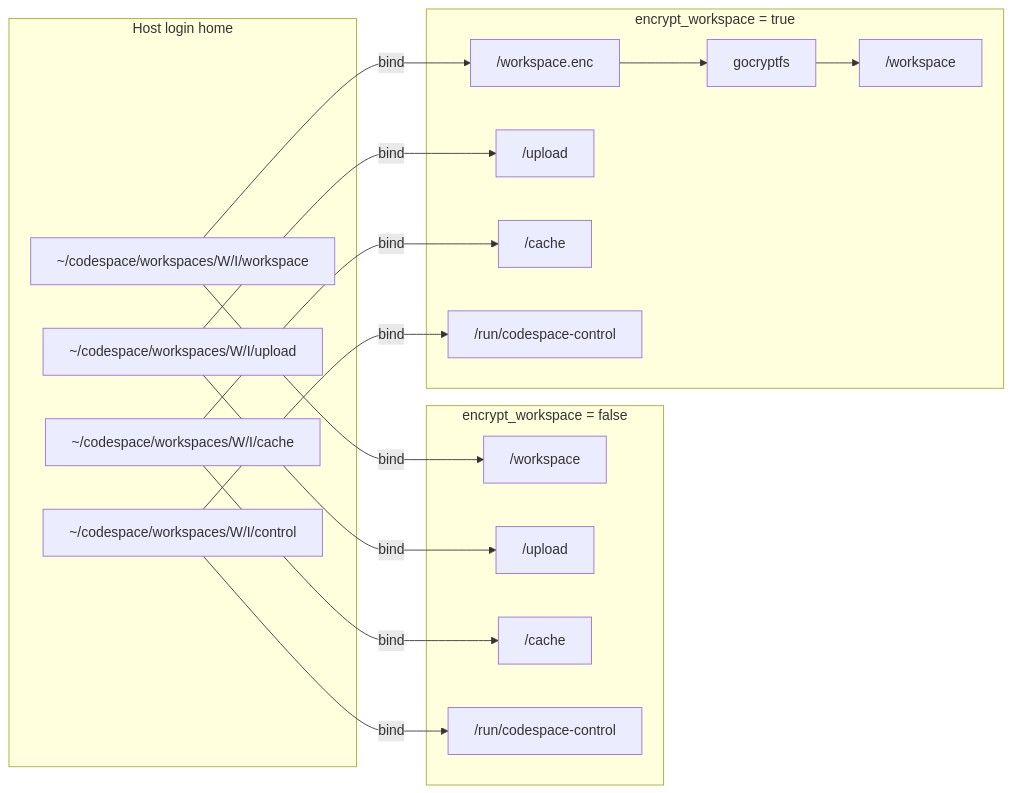
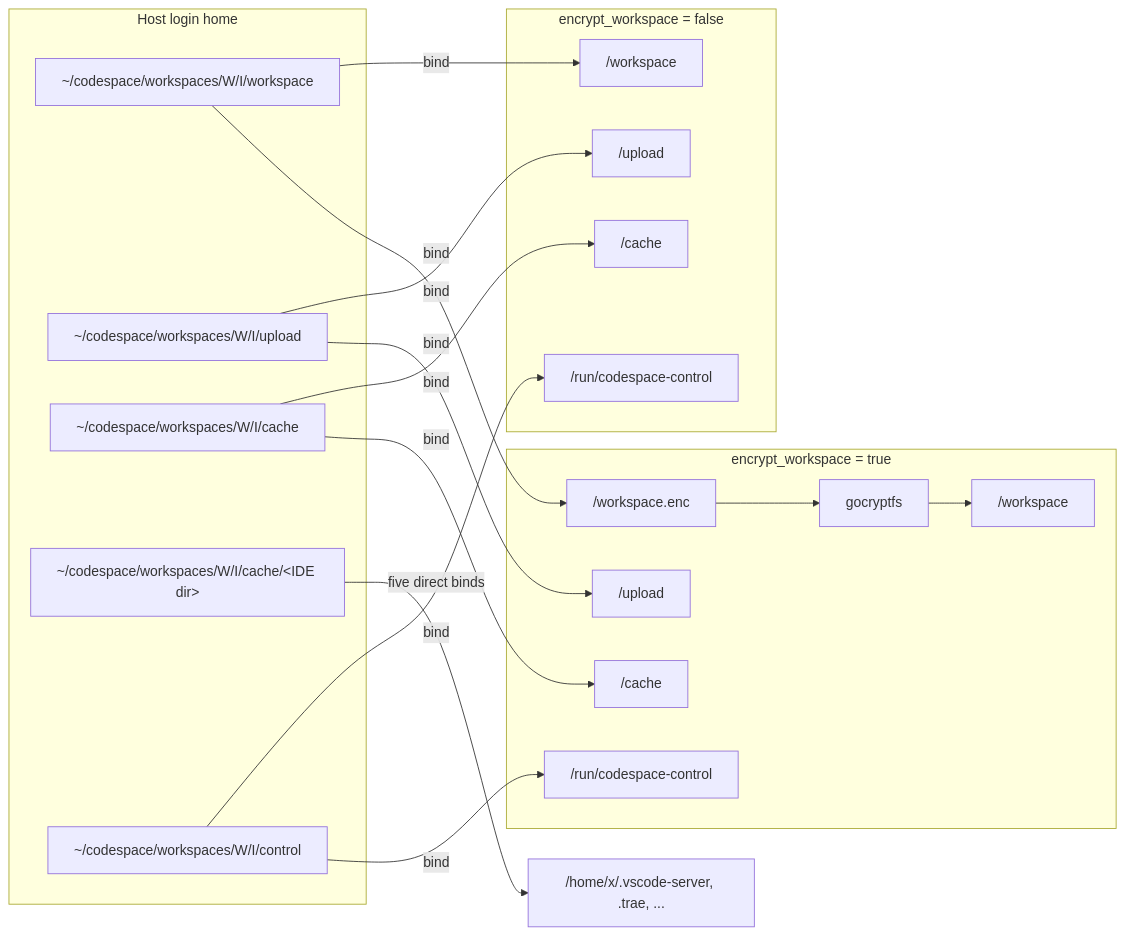
The third of 9 diagrams in controller/DESIGN.md (curoky/codespace), drawn with Mermaid before and after one commit. The commit also changed other lines of this file and 26 other files, not shown here.

First line of the commit message:
refactor: replace home-links-init with direct bind mounts for IDE home dirs

````diff
--- a/controller/DESIGN.md
+++ b/controller/DESIGN.md
@@ -116,35 +116,39 @@
 ```mermaid
 flowchart LR
     subgraph Host["Host login home"]
         W["~/codespace/workspaces/W/I/workspace"]
         U["~/codespace/workspaces/W/I/upload"]
         C["~/codespace/workspaces/W/I/cache"]
+        I["~/codespace/workspaces/W/I/cache/&lt;IDE dir&gt;"]
         X["~/codespace/workspaces/W/I/control"]
     end
 
     subgraph Plain["encrypt_workspace = false"]
         PW["/workspace"]
         PU["/upload"]
         PC["/cache"]
         PX["/run/codespace-control"]
     end
 
     subgraph Encrypted["encrypt_workspace = true"]
         EW["/workspace.enc"]
         G["gocryptfs"]
         EP["/workspace"]
         EU["/upload"]
         EC["/cache"]
         EX["/run/codespace-control"]
         EW --> G --> EP
     end
 
+    H["/home/x/.vscode-server, .trae, ..."]
+
     W -->|bind| PW
     U -->|bind| PU
     C -->|bind| PC
     X -->|bind| PX
     W -->|bind| EW
     U -->|bind| EU
     C -->|bind| EC
     X -->|bind| EX
+    I -->|five direct binds| H
 ```
````
